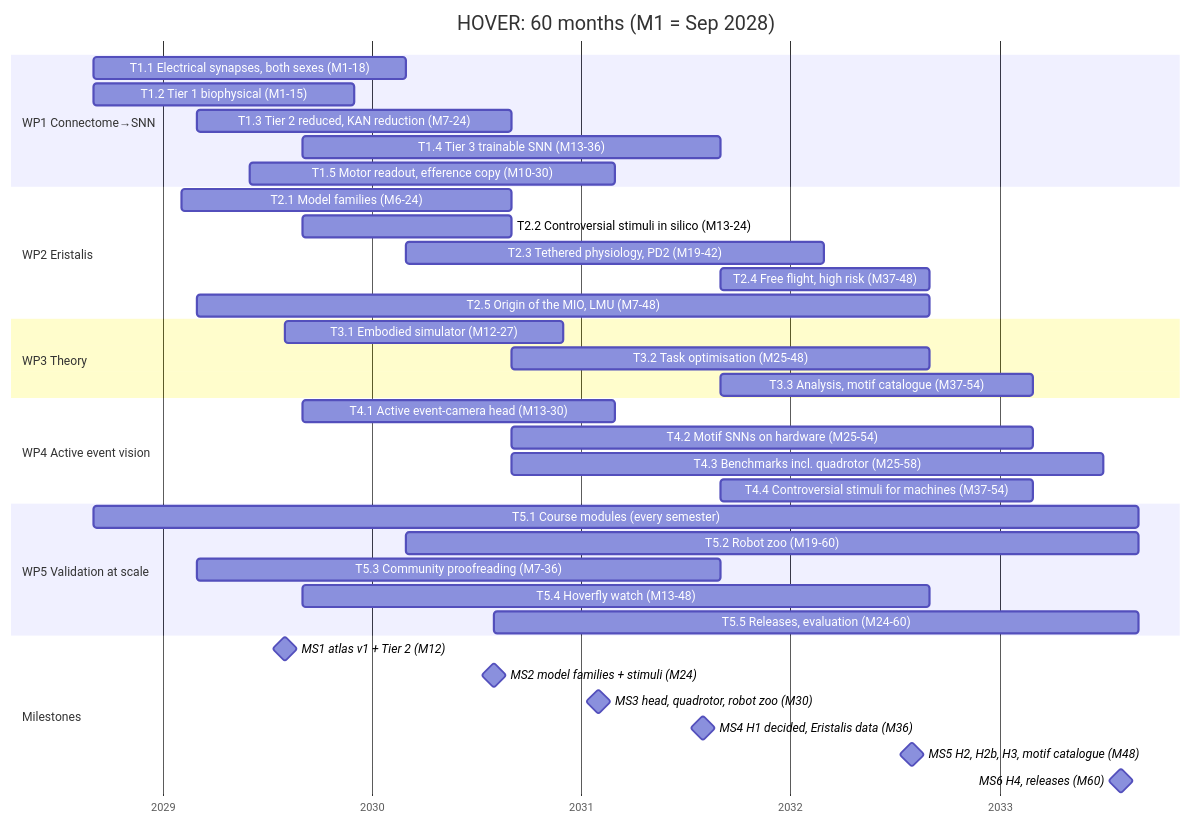
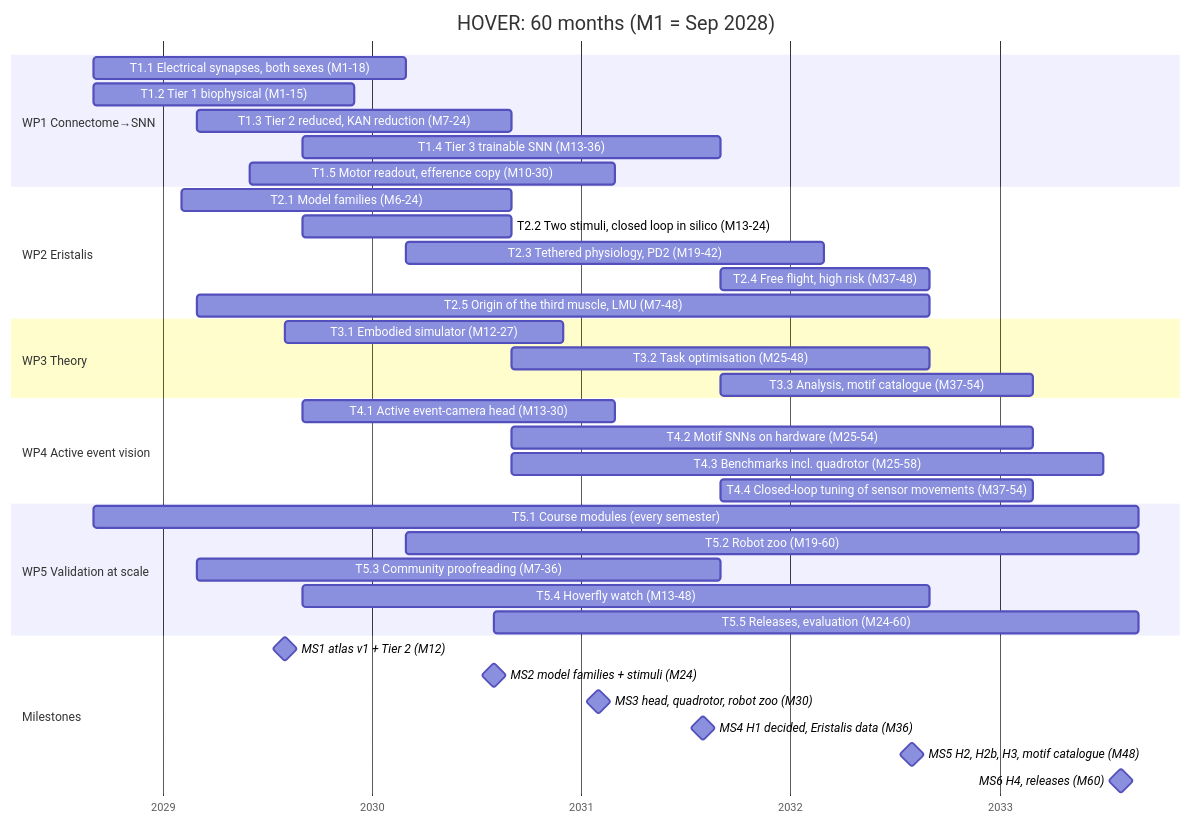
One commit to ETigerschuss/erc-cog-hover changed the diagram in proposal/gantt.md. Above: the diagram before and after it, drawn with Mermaid. The commit also changed 42 other files, not shown here.

First line of the commit message:
Proposal rebuilt around the question 'what is the third muscle for?'; new vector figures

````diff
--- a/proposal/gantt.md
+++ b/proposal/gantt.md
@@ -11,40 +11,40 @@
 ```mermaid
 gantt
     dateFormat  YYYY-MM
     axisFormat  %Y
     title HOVER: 60 months (M1 = Sep 2028)
     section WP1 Connectome→SNN
     T1.1 Electrical synapses, both sexes (M1-18)   :w11, 2028-09, 18M
     T1.2 Tier 1 biophysical (M1-15)                :w12, 2028-09, 15M
     T1.3 Tier 2 reduced, KAN reduction (M7-24)     :w13, 2029-03, 18M
     T1.4 Tier 3 trainable SNN (M13-36)             :w14, 2029-09, 24M
     T1.5 Motor readout, efference copy (M10-30)    :w15, 2029-06, 21M
     section WP2 Eristalis
     T2.1 Model families (M6-24)                    :w21, 2029-02, 19M
-    T2.2 Controversial stimuli in silico (M13-24)  :w22, 2029-09, 12M
+    T2.2 Two stimuli, closed loop in silico (M13-24):w22, 2029-09, 12M
     T2.3 Tethered physiology, PD2 (M19-42)         :w23, 2030-03, 24M
     T2.4 Free flight, high risk (M37-48)           :w24, 2031-09, 12M
-    T2.5 Origin of the MIO, LMU (M7-48)            :w25, 2029-03, 42M
+    T2.5 Origin of the third muscle, LMU (M7-48)   :w25, 2029-03, 42M
     section WP3 Theory
     T3.1 Embodied simulator (M12-27)               :w31, 2029-08, 16M
     T3.2 Task optimisation (M25-48)                :w32, 2030-09, 24M
     T3.3 Analysis, motif catalogue (M37-54)        :w33, 2031-09, 18M
     section WP4 Active event vision
     T4.1 Active event-camera head (M13-30)         :w41, 2029-09, 18M
     T4.2 Motif SNNs on hardware (M25-54)           :w42, 2030-09, 30M
     T4.3 Benchmarks incl. quadrotor (M25-58)       :w43, 2030-09, 34M
-    T4.4 Controversial stimuli for machines (M37-54) :w44, 2031-09, 18M
+    T4.4 Closed-loop tuning of sensor movements (M37-54) :w44, 2031-09, 18M
     section WP5 Validation at scale
     T5.1 Course modules (every semester)           :w51, 2028-09, 60M
     T5.2 Robot zoo (M19-60)                        :w52, 2030-03, 42M
     T5.3 Community proofreading (M7-36)            :w53, 2029-03, 30M
     T5.4 Hoverfly watch (M13-48)                   :w54, 2029-09, 36M
     T5.5 Releases, evaluation (M24-60)             :w55, 2030-08, 37M
     section Milestones
     MS1 atlas v1 + Tier 2 (M12)                    :milestone, 2029-08, 0d
     MS2 model families + stimuli (M24)             :milestone, 2030-08, 0d
     MS3 head, quadrotor, robot zoo (M30)           :milestone, 2031-02, 0d
     MS4 H1 decided, Eristalis data (M36)           :milestone, 2031-08, 0d
     MS5 H2, H2b, H3, motif catalogue (M48)         :milestone, 2032-08, 0d
     MS6 H4, releases (M60)                         :milestone, 2033-08, 0d
 ```
````
